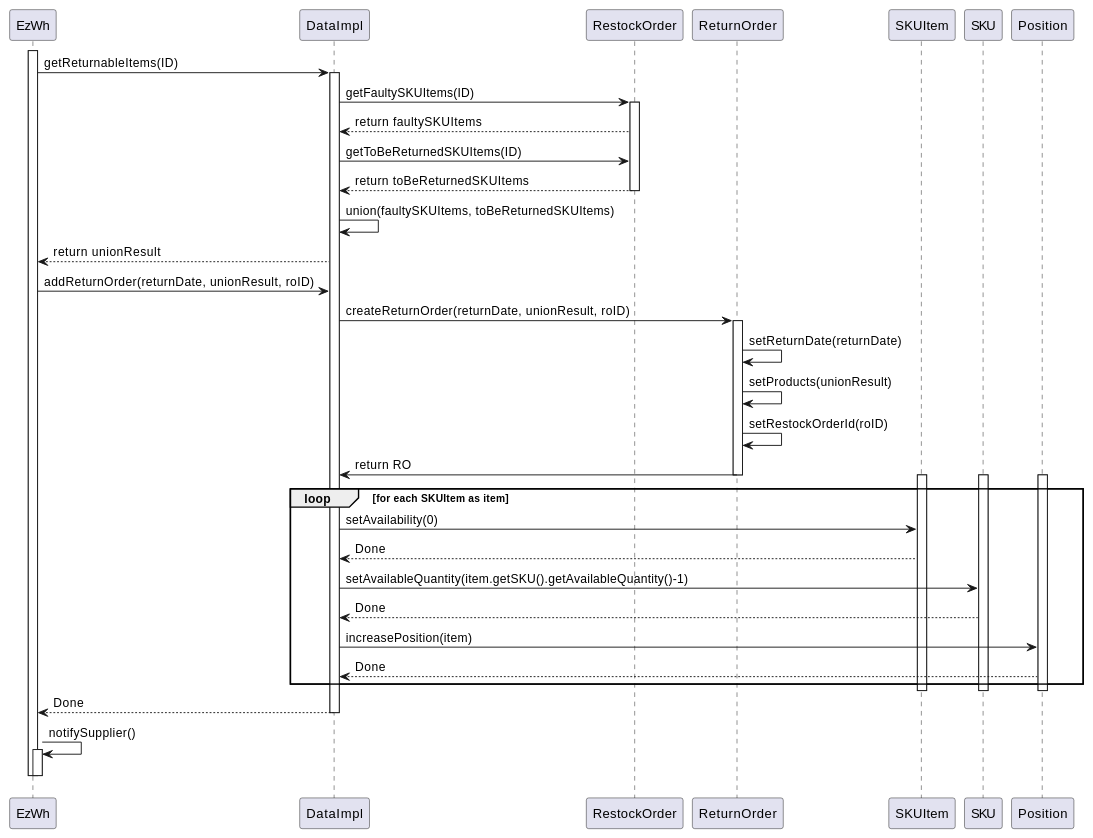
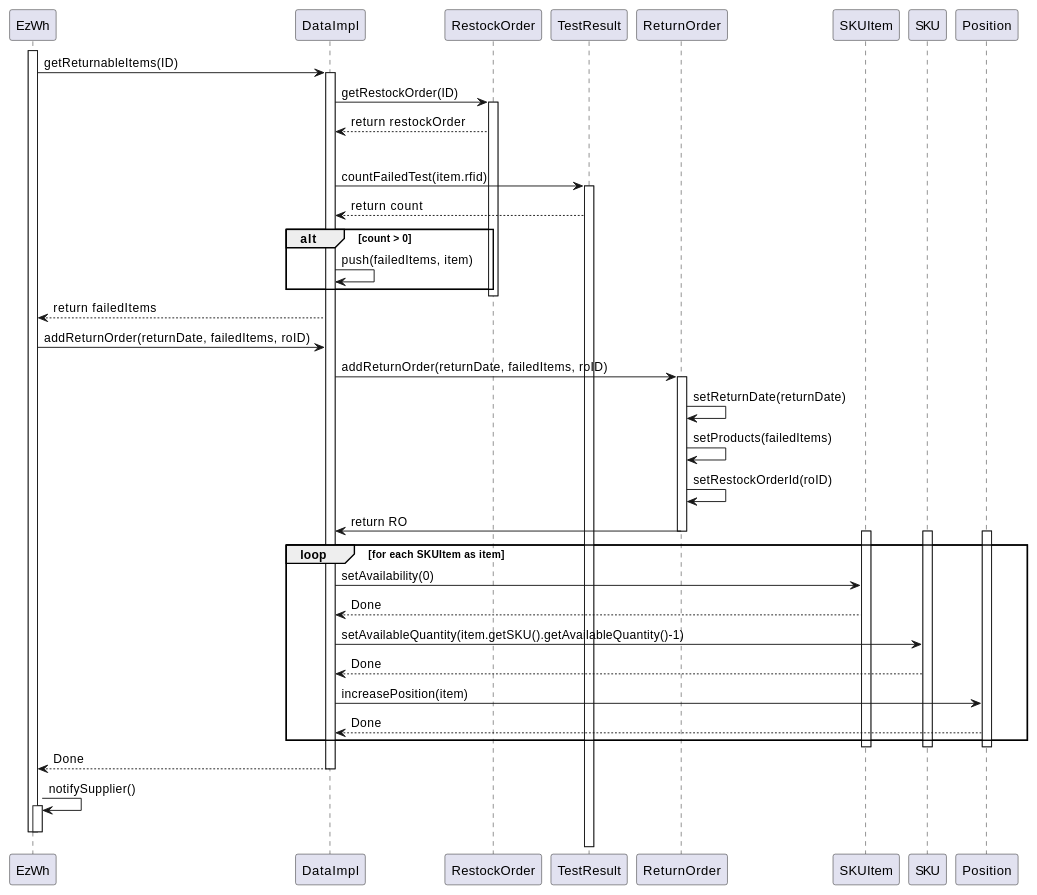
Before and after one commit to Guarecuco/EzWh: the seventh of 7 diagrams in DesignDocument.md, drawn with PlantUML. The commit also changed other lines of this file, not shown here.

````diff
--- a/DesignDocument.md
+++ b/DesignDocument.md
@@ -513,43 +552,47 @@
 ```plantuml
 @startuml
 activate EzWh
 EzWh->DataImpl: getReturnableItems(ID)
 activate DataImpl
-DataImpl -> RestockOrder: getFaultySKUItems(ID)
+DataImpl -> RestockOrder: getRestockOrder(ID)
 activate RestockOrder
-RestockOrder --> DataImpl: return faultySKUItems
-DataImpl -> RestockOrder: getToBeReturnedSKUItems(ID)
-RestockOrder --> DataImpl: return toBeReturnedSKUItems
+RestockOrder --> DataImpl: return restockOrder
+loop for each restockOrder.skuItems as item
+DataImpl -> TestResult: countFailedTest(item.rfid)
+activate TestResult
+TestResult --> DataImpl: return count
+alt count > 0
+DataImpl -> DataImpl: push(failedItems, item)
+end loop
 deactivate RestockOrder
-DataImpl -> DataImpl: union(faultySKUItems, toBeReturnedSKUItems)
-DataImpl -->EzWh: return unionResult
-EzWh -> DataImpl: addReturnOrder(returnDate, unionResult, roID)
-DataImpl -> ReturnOrder: createReturnOrder(returnDate, unionResult, roID)
+DataImpl -->EzWh: return failedItems
+EzWh -> DataImpl: addReturnOrder(returnDate, failedItems, roID)
+DataImpl -> ReturnOrder: addReturnOrder(returnDate, failedItems, roID)
 activate ReturnOrder
 ReturnOrder -> ReturnOrder: setReturnDate(returnDate)
-ReturnOrder -> ReturnOrder: setProducts(unionResult)
+ReturnOrder -> ReturnOrder: setProducts(failedItems)
 ReturnOrder -> ReturnOrder: setRestockOrderId(roID)
 ReturnOrder -> DataImpl: return RO
 deactivate ReturnOrder
 activate SKUItem
 activate SKU
 activate Position
 loop for each SKUItem as item
 DataImpl -> SKUItem: setAvailability(0)
 SKUItem --> DataImpl: Done
 DataImpl -> SKU: setAvailableQuantity(item.getSKU().getAvailableQuantity()-1)
 SKU --> DataImpl: Done
 DataImpl -> Position: increasePosition(item)
 Position --> DataImpl: Done
 end loop
 deactivate Position
 deactivate SKU
 deactivate SKUItem
 DataImpl --> EzWh: Done
 deactivate DataImpl
 EzWh -> EzWh: notifySupplier()
 activate EzWh
 deactivate EzWh
 deactivate EzWh
 @enduml
 ```
````
